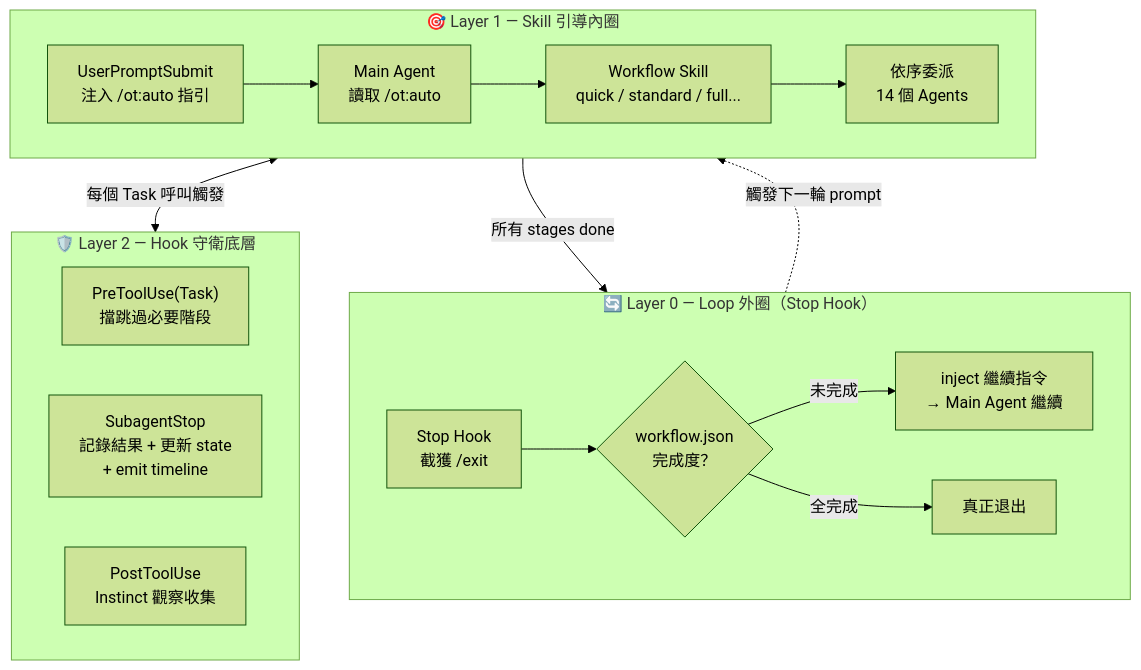
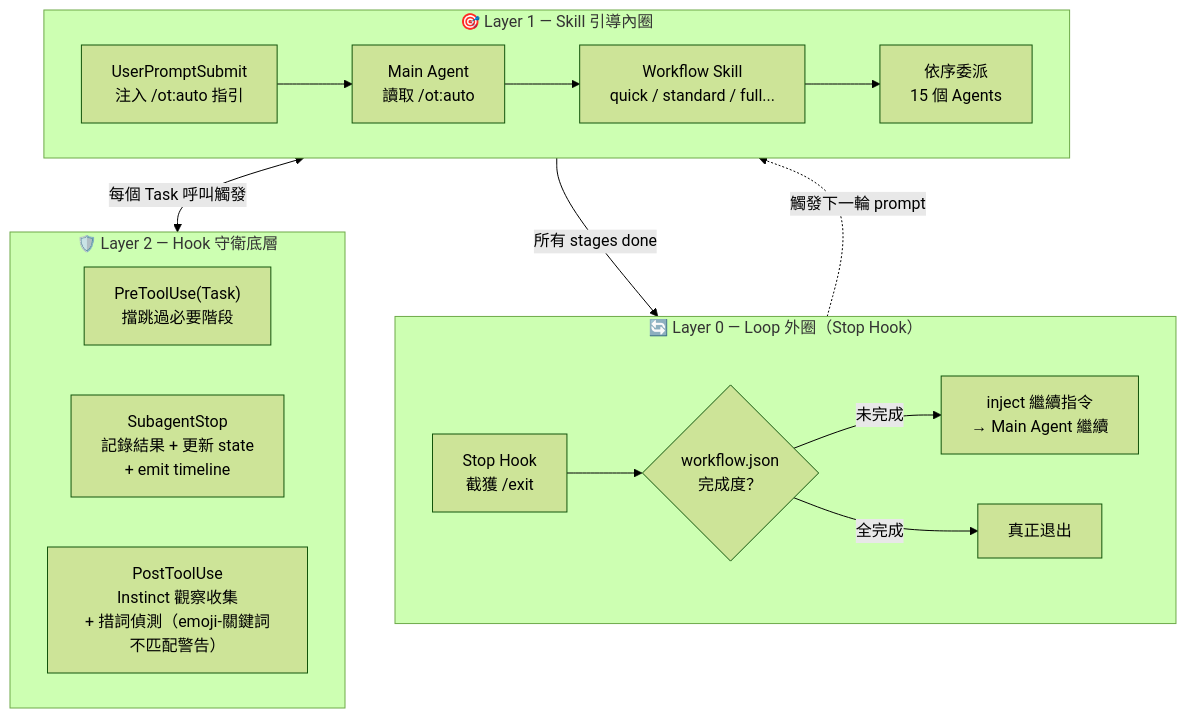
The first of 3 diagrams in docs/workflow-diagram.md (ryu111/overtone), drawn with Mermaid (forest theme) before and after one commit. The commit also changed other lines of this file and 3 other files, not shown here.

````diff
--- a/docs/workflow-diagram.md
+++ b/docs/workflow-diagram.md
@@ -7,33 +8,33 @@
 ```mermaid
 flowchart TB
     subgraph L0["🔄 Layer 0 — Loop 外圈（Stop Hook）"]
         direction LR
         SH["Stop Hook\n截獲 /exit"]
         WC{"workflow.json\n完成度？"}
         CONT["inject 繼續指令\n→ Main Agent 繼續"]
         EXIT["真正退出"]
         SH --> WC
         WC -- "未完成" --> CONT
         WC -- "全完成" --> EXIT
     end
 
     subgraph L1["🎯 Layer 1 — Skill 引導內圈"]
         direction LR
         US["UserPromptSubmit\n注入 /ot:auto 指引"]
         MA["Main Agent\n讀取 /ot:auto"]
         WF["Workflow Skill\nquick / standard / full..."]
-        AG["依序委派\n14 個 Agents"]
+        AG["依序委派\n15 個 Agents"]
         US --> MA --> WF --> AG
     end
 
     subgraph L2["🛡️ Layer 2 — Hook 守衛底層"]
         direction LR
         PT["PreToolUse(Task)\n擋跳過必要階段"]
         SS["SubagentStop\n記錄結果 + 更新 state\n+ emit timeline"]
-        PO["PostToolUse\nInstinct 觀察收集"]
+        PO["PostToolUse\nInstinct 觀察收集\n+ 措詞偵測（emoji-關鍵詞不匹配警告）"]
     end
 
     CONT -.->|"觸發下一輪 prompt"| L1
     L1 <-->|"每個 Task 呼叫觸發"| L2
     L1 -->|"所有 stages done"| L0
 ```
````
